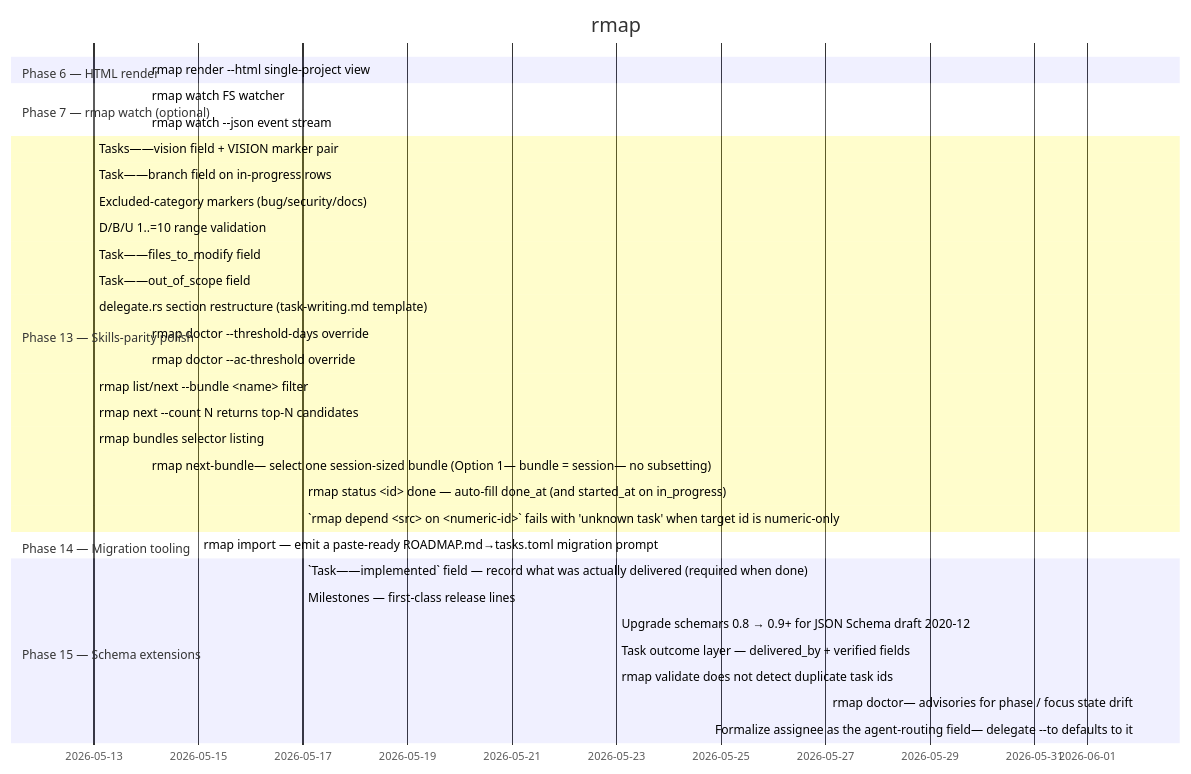
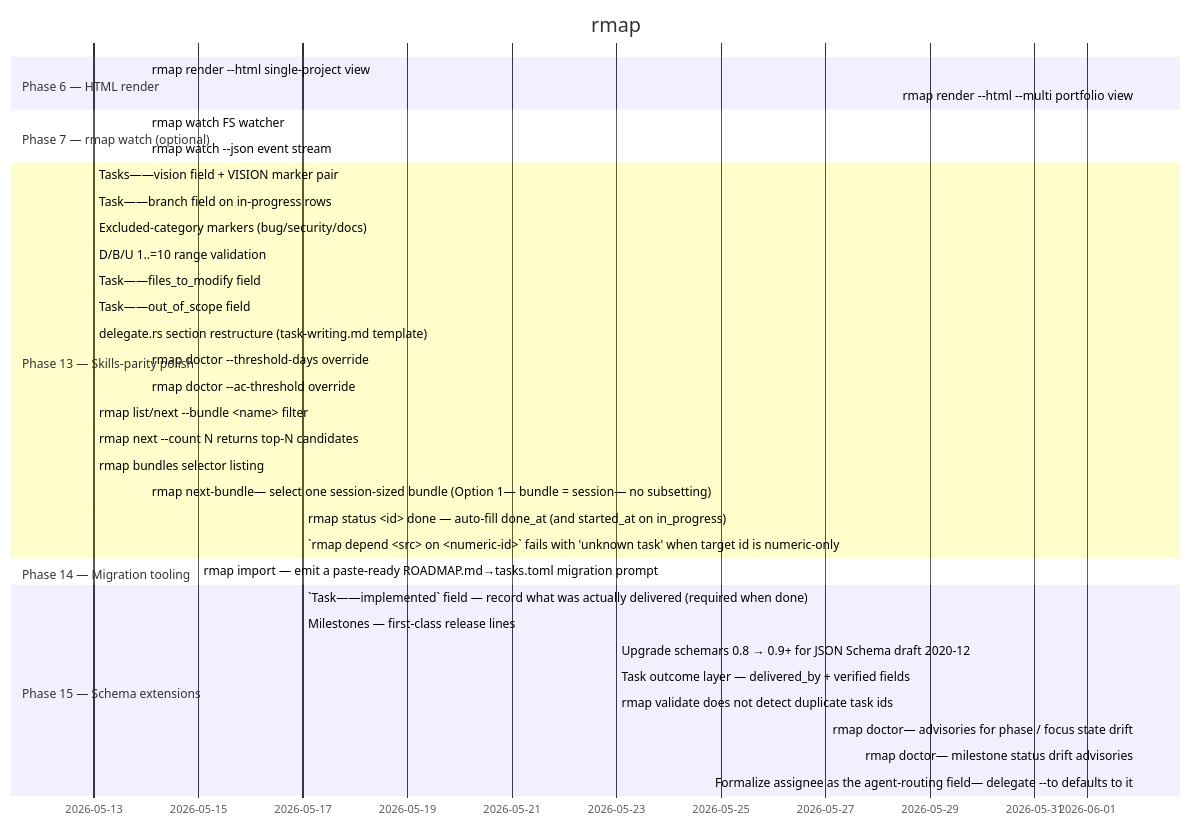
Before and after one commit to ZenHive/rmap: the diagram in ROADMAP.md, drawn with Mermaid. The commit also changed other lines of this file and 2 other files, not shown here.

````diff
--- a/ROADMAP.md
+++ b/ROADMAP.md
@@ -14,36 +14,38 @@
 ```mermaid
 gantt
     title rmap
     dateFormat YYYY-MM-DD
     section Phase 6 — HTML render
     rmap render --html single-project view :done, 2026-05-14, 2026-05-14
+    rmap render --html --multi portfolio view :active, 2026-06-02, 2026-06-02
     section Phase 7 — rmap watch (optional)
     rmap watch FS watcher :done, 2026-05-14, 2026-05-14
     rmap watch --json event stream :done, 2026-05-14, 2026-05-14
     section Phase 13 — Skills-parity polish
     Tasks——vision field + VISION marker pair :done, 2026-05-13, 2026-05-13
     Task——branch field on in-progress rows :done, 2026-05-13, 2026-05-13
     Excluded-category markers (bug/security/docs) :done, 2026-05-13, 2026-05-13
     D/B/U 1..=10 range validation :done, 2026-05-13, 2026-05-13
     Task——files_to_modify field :done, 2026-05-13, 2026-05-13
     Task——out_of_scope field :done, 2026-05-13, 2026-05-13
     delegate.rs section restructure (task-writing.md template) :done, 2026-05-13, 2026-05-13
     rmap doctor --threshold-days override :done, 2026-05-14, 2026-05-14
     rmap doctor --ac-threshold override :done, 2026-05-14, 2026-05-14
     rmap list/next --bundle <name> filter :done, 2026-05-13, 2026-05-13
     rmap next --count N returns top-N candidates :done, 2026-05-13, 2026-05-13
     rmap bundles selector listing :done, 2026-05-13, 2026-05-13
     rmap next-bundle— select one session-sized bundle (Option 1— bundle = session— no subsetting) :done, 2026-05-14, 2026-05-14
     rmap status <id> done — auto-fill done_at (and started_at on in_progress) :done, 2026-05-17, 2026-05-17
     `rmap depend <src> on <numeric-id>` fails with 'unknown task' when target id is numeric-only :done, 2026-05-17, 2026-05-17
     section Phase 14 — Migration tooling
     rmap import — emit a paste-ready ROADMAP.md→tasks.toml migration prompt :done, 2026-05-15, 2026-05-15
     section Phase 15 — Schema extensions
     `Task——implemented` field — record what was actually delivered (required when done) :done, 2026-05-17, 2026-05-17
     Milestones — first-class release lines :done, 2026-05-17, 2026-05-17
     Upgrade schemars 0.8 → 0.9+ for JSON Schema draft 2020-12 :done, 2026-05-23, 2026-05-23
     Task outcome layer — delivered_by + verified fields :done, 2026-05-23, 2026-05-23
     rmap validate does not detect duplicate task ids :done, 2026-05-23, 2026-05-23
     rmap doctor— advisories for phase / focus state drift :done, 2026-06-02, 2026-06-02
+    rmap doctor— milestone status drift advisories :active, 2026-06-02, 2026-06-02
     Formalize assignee as the agent-routing field— delegate --to defaults to it :done, 2026-06-02, 2026-06-02
 ```
````
